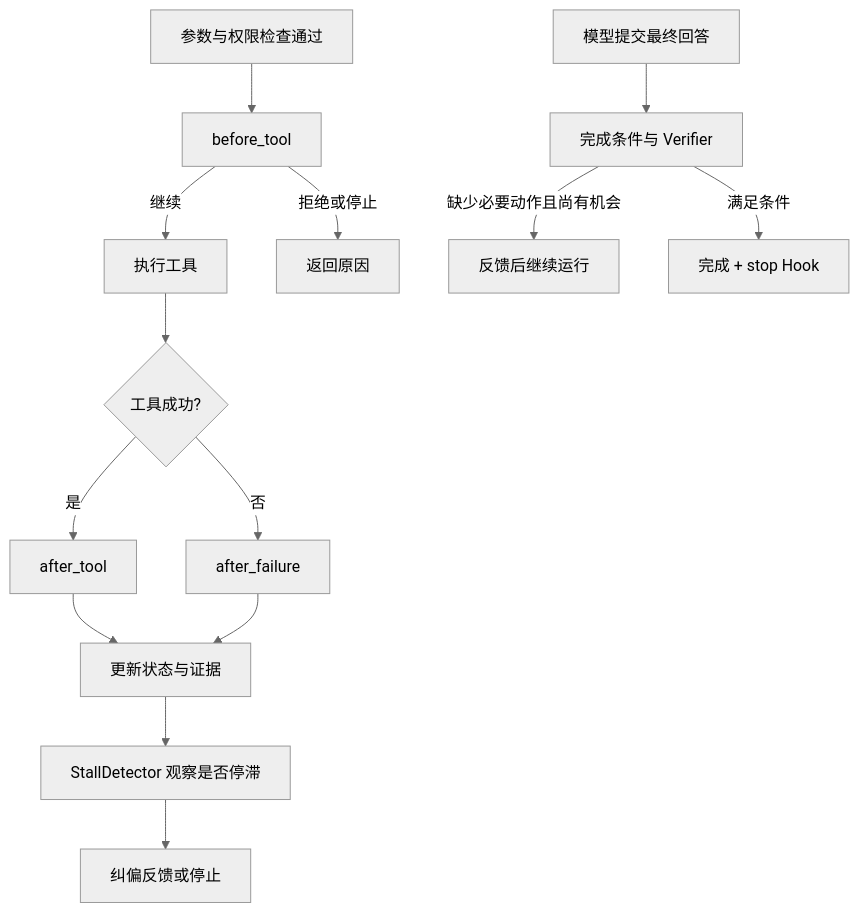
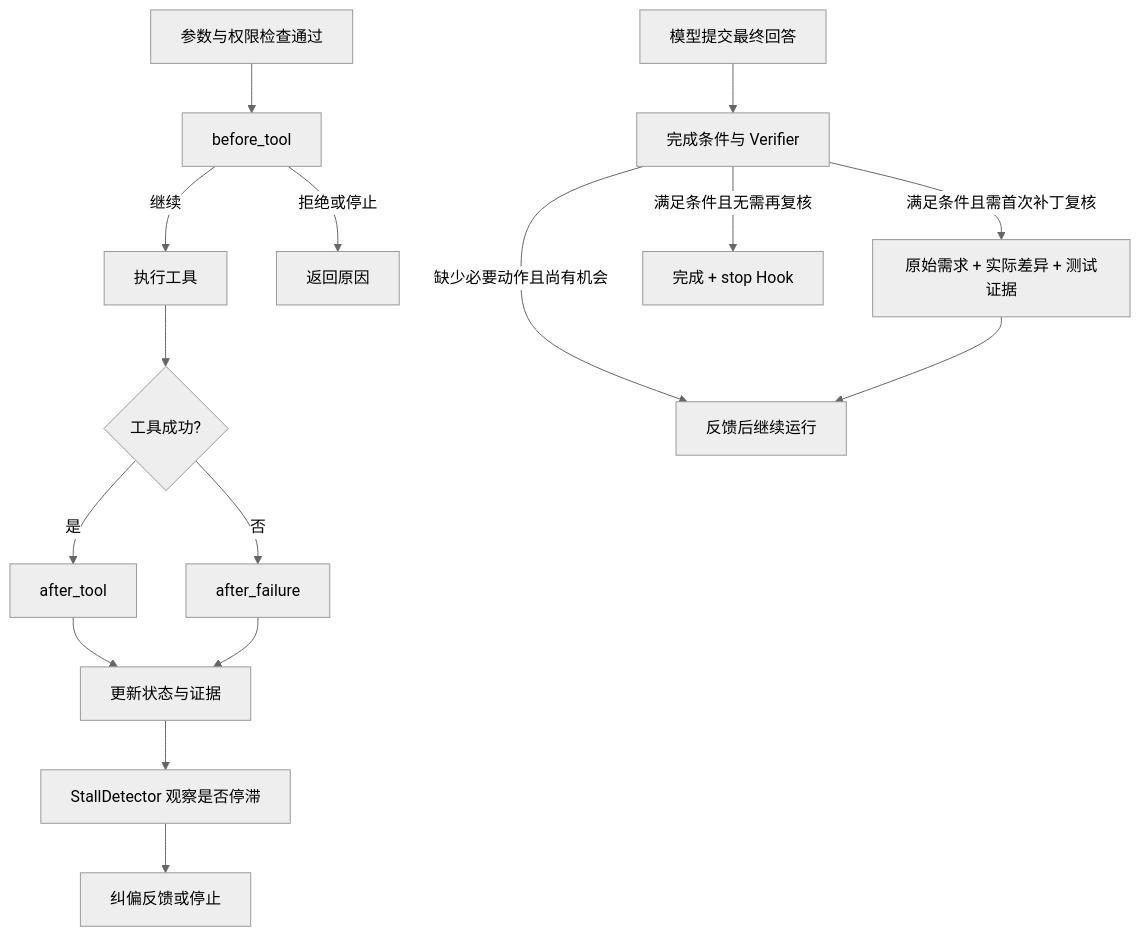
One commit to prossiblezero/Aster changed the diagram in docs/learning/08-hooks-and-completion.md. Above: the diagram before and after it, drawn with Mermaid (neutral theme). The commit also changed other lines of this file and 31 other files, not shown here.

````diff
--- a/docs/learning/08-hooks-and-completion.md
+++ b/docs/learning/08-hooks-and-completion.md
@@ -17,16 +17,18 @@
 ```mermaid
 flowchart TD
     A[参数与权限检查通过] --> B[before_tool]
     B -->|继续| C[执行工具]
     B -->|拒绝或停止| D[返回原因]
     C --> E{工具成功?}
     E -->|是| F[after_tool]
     E -->|否| G[after_failure]
     F --> H[更新状态与证据]
     G --> H
     H --> I[StallDetector 观察是否停滞]
     I --> J[纠偏反馈或停止]
     K[模型提交最终回答] --> L[完成条件与 Verifier]
     L -->|缺少必要动作且尚有机会| M[反馈后继续运行]
-    L -->|满足条件| N[完成 + stop Hook]
+    L -->|满足条件且需首次补丁复核| O[原始需求 + 实际差异 + 测试证据]
+    O --> M
+    L -->|满足条件且无需再复核| N[完成 + stop Hook]
 ```
````
